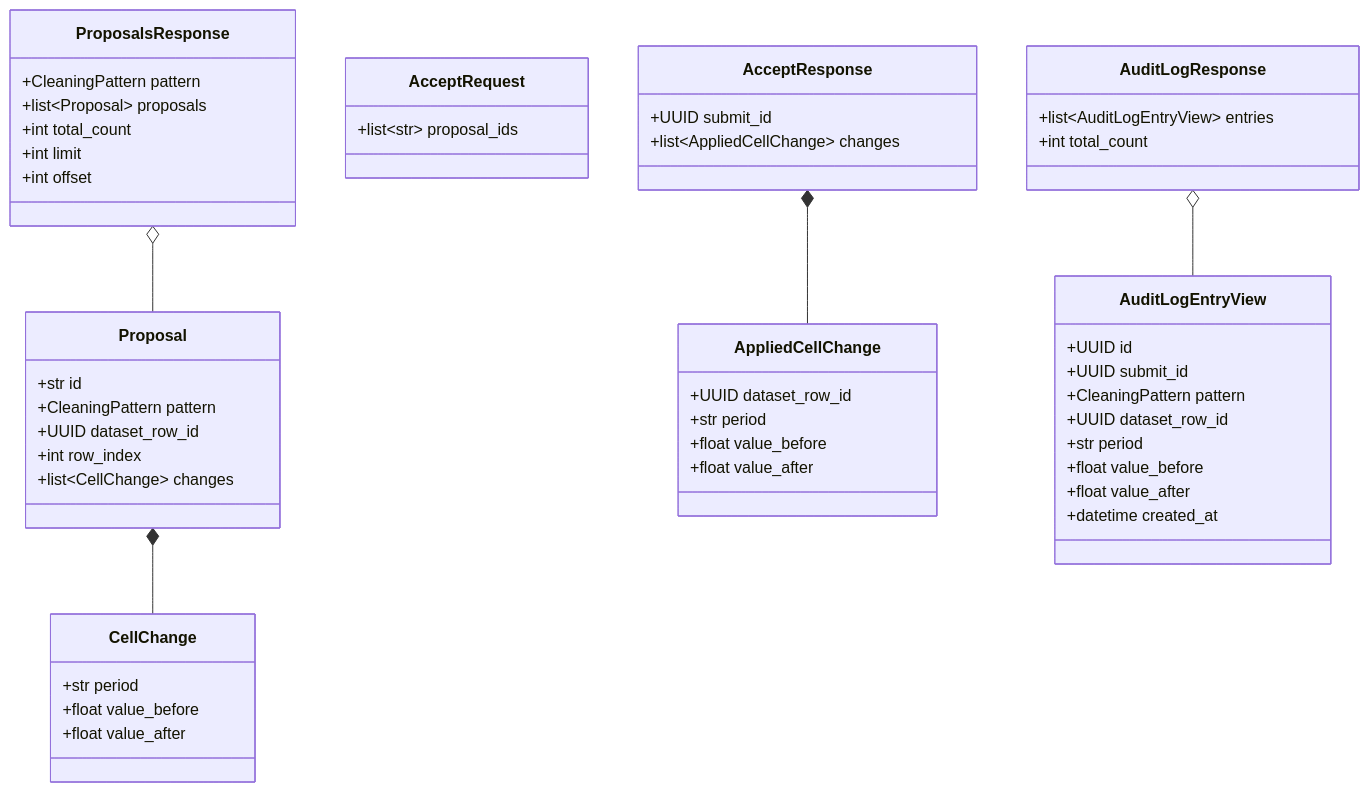
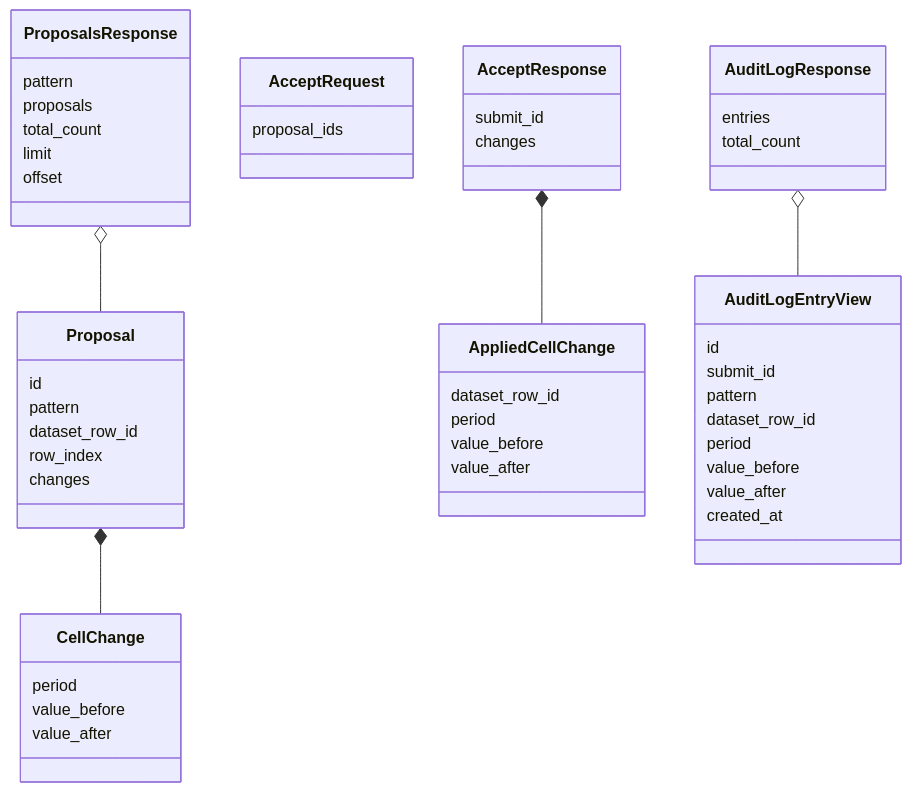
The sixth of 6 diagrams in docs/database-schema.md (EmmS21/keyestakehome), drawn with Mermaid before and after one commit. The commit also changed other lines of this file, not shown here.

First line of the commit message:
fix(docs): make Mermaid diagrams compatible with GitHub renderer.

````diff
--- a/docs/database-schema.md
+++ b/docs/database-schema.md
@@ -149,63 +153,61 @@
 ```mermaid
 classDiagram
-  direction TB
-
   class CellChange {
-    +str period
-    +float value_before
-    +float value_after
+    period
+    value_before
+    value_after
   }
 
   class Proposal {
-    +str id
-    +CleaningPattern pattern
-    +UUID dataset_row_id
-    +int row_index
-    +list~CellChange~ changes
+    id
+    pattern
+    dataset_row_id
+    row_index
+    changes
   }
 
   class ProposalsResponse {
-    +CleaningPattern pattern
-    +list~Proposal~ proposals
-    +int total_count
-    +int limit
-    +int offset
+    pattern
+    proposals
+    total_count
+    limit
+    offset
   }
 
   class AcceptRequest {
-    +list~str~ proposal_ids
+    proposal_ids
   }
 
   class AppliedCellChange {
-    +UUID dataset_row_id
-    +str period
-    +float value_before
-    +float value_after
+    dataset_row_id
+    period
+    value_before
+    value_after
   }
 
   class AcceptResponse {
-    +UUID submit_id
-    +list~AppliedCellChange~ changes
+    submit_id
+    changes
   }
 
   class AuditLogEntryView {
-    +UUID id
-    +UUID submit_id
-    +CleaningPattern pattern
-    +UUID dataset_row_id
-    +str period
-    +float value_before
-    +float value_after
-    +datetime created_at
+    id
+    submit_id
+    pattern
+    dataset_row_id
+    period
+    value_before
+    value_after
+    created_at
   }
 
   class AuditLogResponse {
-    +list~AuditLogEntryView~ entries
-    +int total_count
+    entries
+    total_count
   }
 
   Proposal *-- CellChange
   ProposalsResponse o-- Proposal
   AcceptResponse *-- AppliedCellChange
   AuditLogResponse o-- AuditLogEntryView
 ```
````
